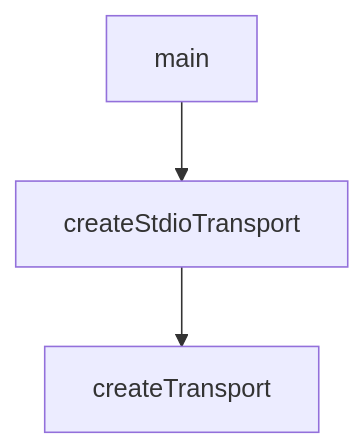
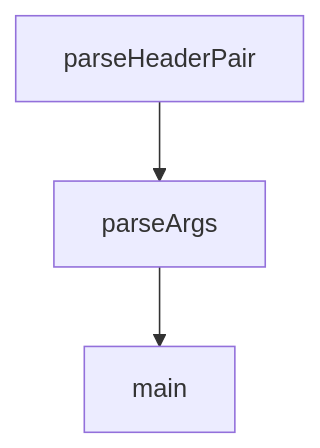
One commit to johnxie/awesome-code-docs changed the diagram in tutorials/mcp-inspector-tutorial/08-production-ops-testing-and-contribution.md. Above: the diagram before and after it, drawn with Mermaid. The commit also changed other lines of this file and 1232 other files, not shown here.

````diff
--- a/tutorials/mcp-inspector-tutorial/08-production-ops-testing-and-contribution.md
+++ b/tutorials/mcp-inspector-tutorial/08-production-ops-testing-and-contribution.md
@@ -172,8 +170,8 @@
 ```mermaid
 flowchart TD
-    A[main]
-    B[createStdioTransport]
-    C[createTransport]
+    A[parseHeaderPair]
+    B[parseArgs]
+    C[main]
     A --> B
     B --> C
 ```
````
